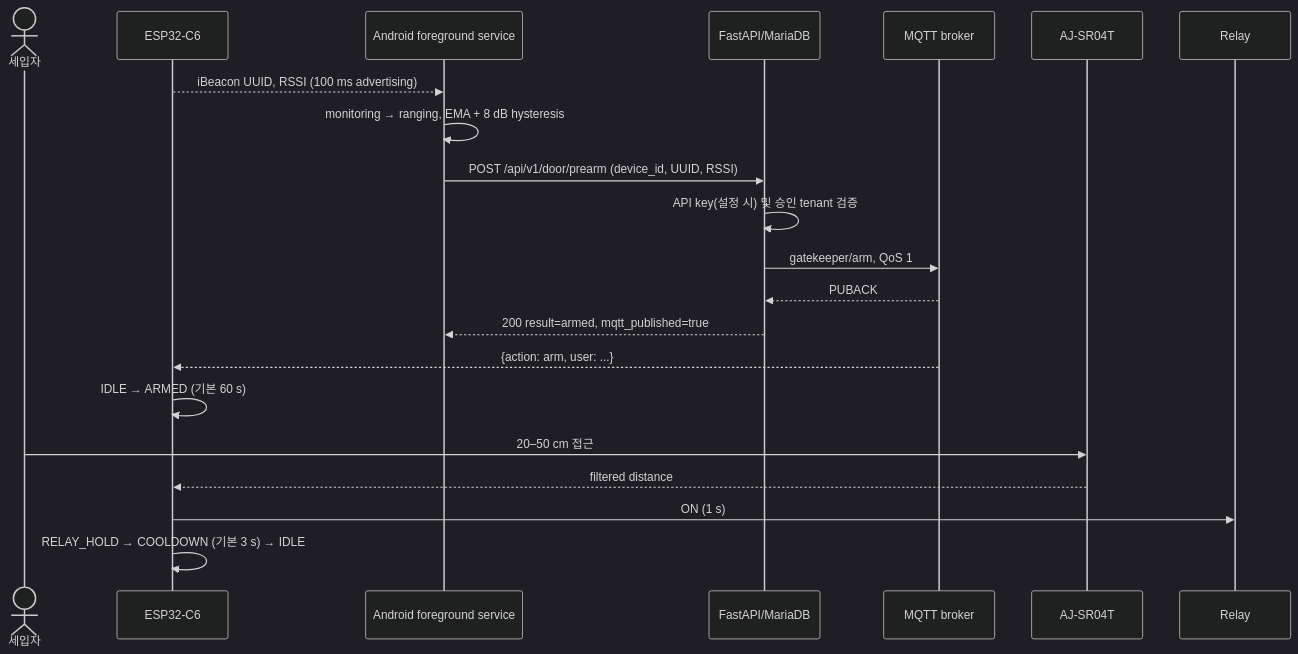
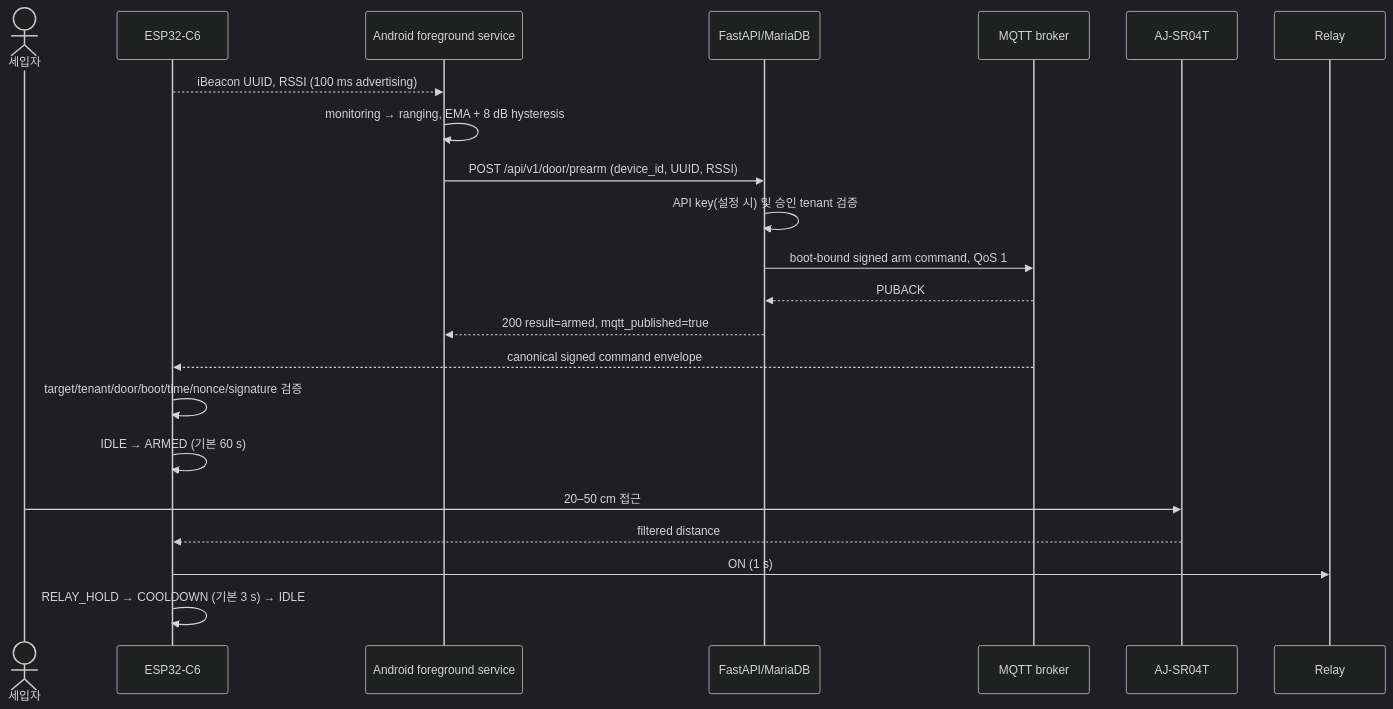
One commit to ks-house/smart-gatekeeper changed the second of 2 diagrams in wiki/architecture.md. Above: the diagram before and after it, drawn with Mermaid (dark theme). The commit also changed other lines of this file and 15 other files, not shown here.

````diff
--- a/wiki/architecture.md
+++ b/wiki/architecture.md
@@ -22,24 +24,25 @@
 ```mermaid
 sequenceDiagram
   actor U as 세입자
   participant E as ESP32-C6
   participant A as Android foreground service
   participant B as FastAPI/MariaDB
   participant M as MQTT broker
   participant S as AJ-SR04T
   participant R as Relay
 
   E-->>A: iBeacon UUID, RSSI (100 ms advertising)
   A->>A: monitoring → ranging, EMA + 8 dB hysteresis
   A->>B: POST /api/v1/door/prearm (device_id, UUID, RSSI)
   B->>B: API key(설정 시) 및 승인 tenant 검증
-  B->>M: gatekeeper/arm, QoS 1
+  B->>M: boot-bound signed arm command, QoS 1
   M-->>B: PUBACK
   B-->>A: 200 result=armed, mqtt_published=true
-  M-->>E: {action: arm, user: ...}
+  M-->>E: canonical signed command envelope
+  E->>E: target/tenant/door/boot/time/nonce/signature 검증
   E->>E: IDLE → ARMED (기본 60 s)
   U->>S: 20–50 cm 접근
   S-->>E: filtered distance
   E->>R: ON (1 s)
   E->>E: RELAY_HOLD → COOLDOWN (기본 3 s) → IDLE
 ```
````
